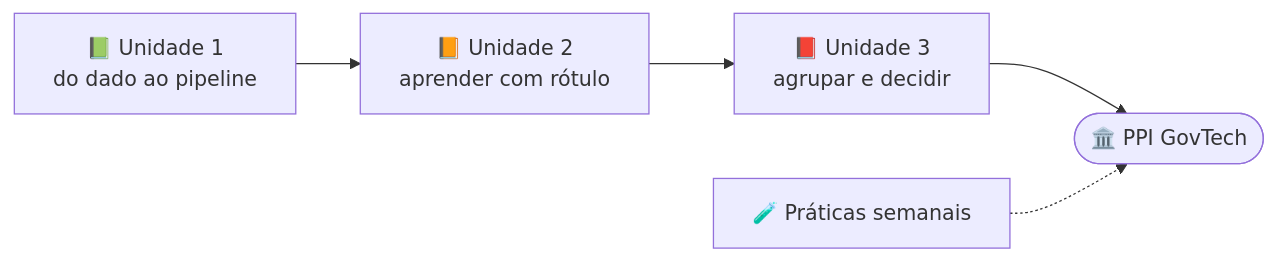
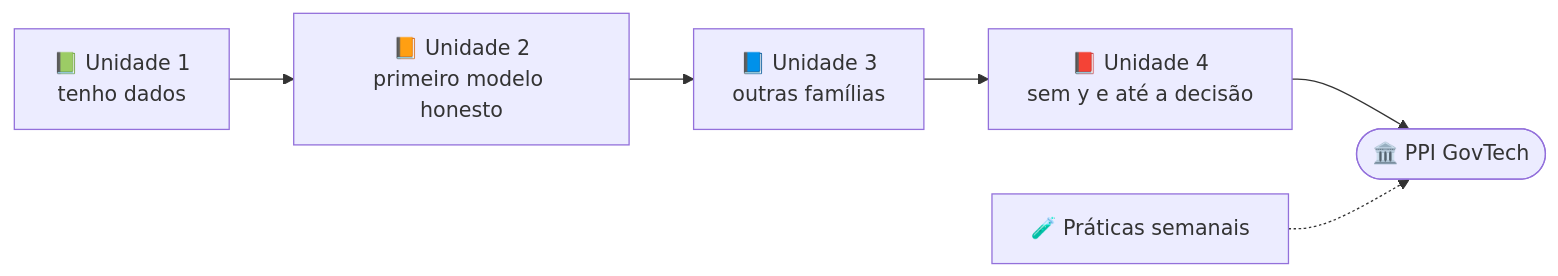
Before and after one commit to Schavess/ifmt-vg-ac: the diagram in README.md, drawn with Mermaid. The commit also changed other lines of this file and 20 other files, not shown here.

````diff
--- a/README.md
+++ b/README.md
@@ -53,7 +60,8 @@
 ```mermaid
 flowchart LR
-    U1["📗 Unidade 1<br/>do dado ao pipeline"] --> U2["📙 Unidade 2<br/>aprender com rótulo"]
-    U2 --> U3["📕 Unidade 3<br/>agrupar e decidir"]
-    U3 --> PPI(["🏛️ PPI GovTech"])
+    U1["📗 Unidade 1<br/>tenho dados"] --> U2["📙 Unidade 2<br/>primeiro modelo honesto"]
+    U2 --> U3["📘 Unidade 3<br/>outras famílias"]
+    U3 --> U4["📕 Unidade 4<br/>sem y e até a decisão"]
+    U4 --> PPI(["🏛️ PPI GovTech"])
     P["🧪 Práticas semanais"] -.-> PPI
 ```
````
